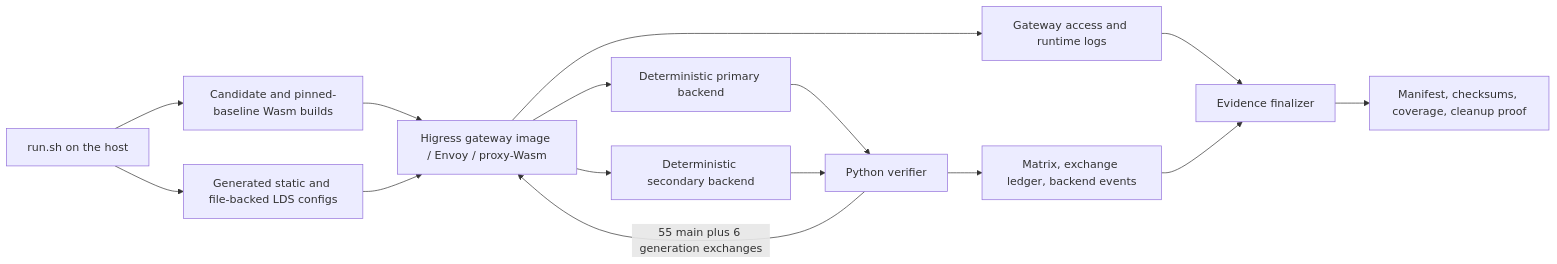
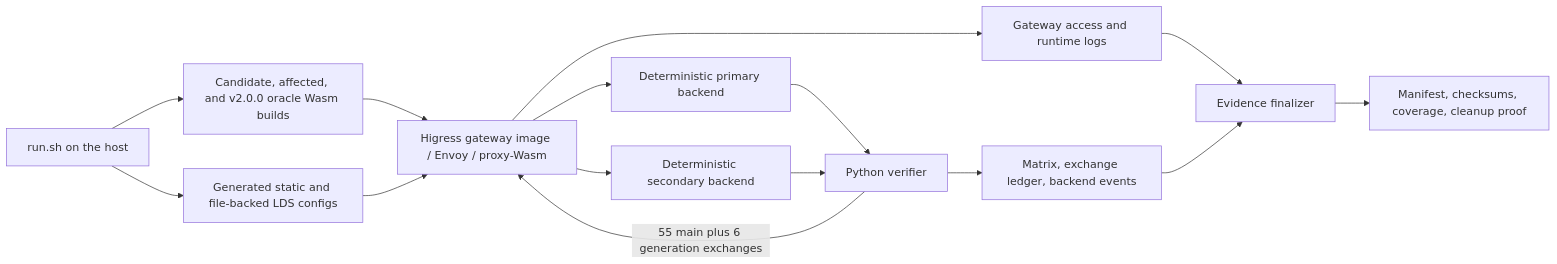
Before and after one commit to alibaba/higress: the diagram in plugins/wasm-go/extensions/mcp-server/testdata/runtime-verification/README.md, drawn with Mermaid. The commit also changed other lines of this file and 10 other files, not shown here.

````diff
--- a/plugins/wasm-go/extensions/mcp-server/testdata/runtime-verification/README.md
+++ b/plugins/wasm-go/extensions/mcp-server/testdata/runtime-verification/README.md
@@ -56,17 +60,17 @@
 ```mermaid
 flowchart LR
-    R["run.sh on the host"] --> W["Candidate and pinned-baseline Wasm builds"]
+    R["run.sh on the host"] --> W["Candidate, affected, and v2.0.0 oracle Wasm builds"]
     R --> G["Generated static and file-backed LDS configs"]
     W --> E["Higress gateway image / Envoy / proxy-Wasm"]
     G --> E
     V["Python verifier"] -->|"55 main plus 6 generation exchanges"| E
     E --> P["Deterministic primary backend"]
     E --> S["Deterministic secondary backend"]
     P --> V
     S --> V
     E --> L["Gateway access and runtime logs"]
     V --> M["Matrix, exchange ledger, backend events"]
     L --> F["Evidence finalizer"]
     M --> F
     F --> O["Manifest, checksums, coverage, cleanup proof"]
 ```
````
